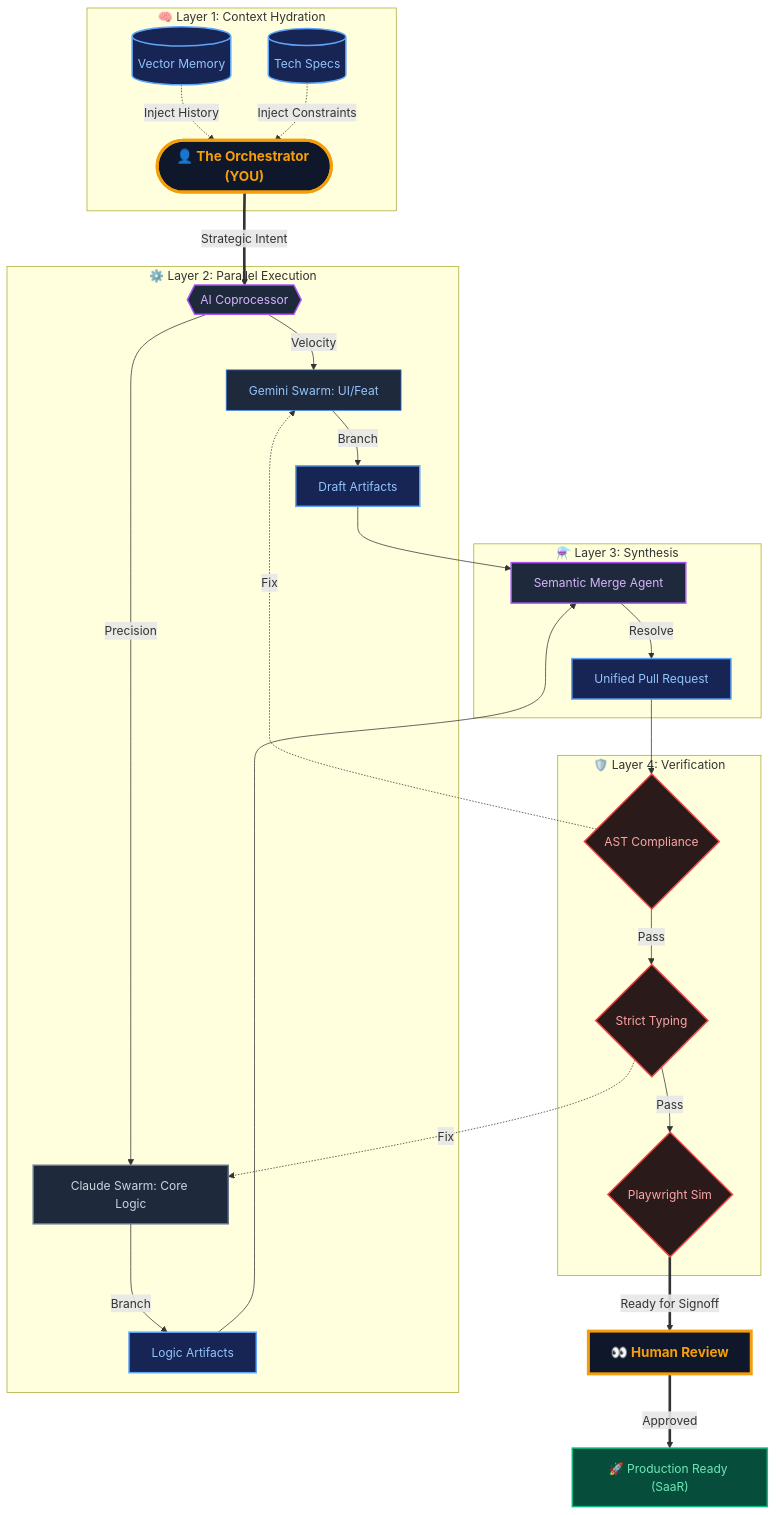
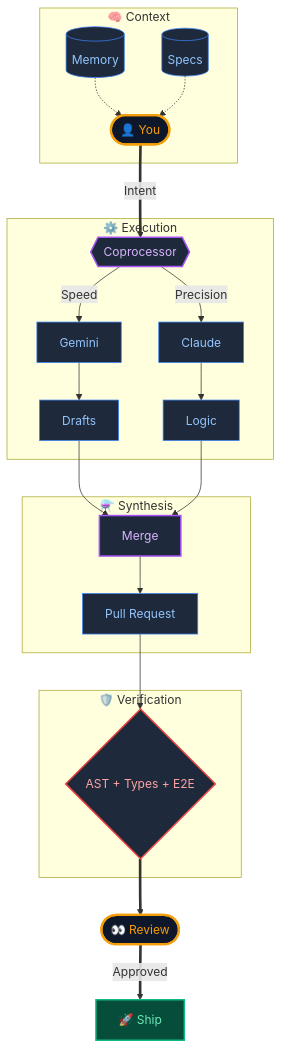
Before and after one commit to shifujosh/shifujosh: the diagram in README.md, drawn with Mermaid.

Commit message:
feat: Update portfolio assets (AI-Native Architect Revamp)

`````diff
--- a/README.md
+++ b/README.md
@@ -25,51 +25,35 @@
 ```mermaid
 graph TD
-    %% --- Styling (Anthropocentric) ---
-    classDef human fill:#0f172a,stroke:#f59e0b,stroke-width:4px,color:#f59e0b,font-size:18px,font-weight:bold;
-    classDef brain fill:#1e293b,stroke:#a855f7,stroke-width:2px,color:#d8b4fe;
-    classDef swarm fill:#1e293b,stroke:#3b82f6,stroke-width:1px,color:#93c5fd;
-    classDef senior fill:#1e293b,stroke:#64748b,stroke-width:2px,color:#cbd5e1;
-    classDef check fill:#2a1a1a,stroke:#ef4444,stroke-width:2px,color:#fca5a5;
-    classDef success fill:#064e3b,stroke:#10b981,stroke-width:2px,color:#6ee7b7;
-    classDef data fill:#172554,stroke:#60a5fa,stroke-width:2px,color:#93c5fd;
+    classDef human fill:#0f172a,stroke:#f59e0b,stroke-width:3px,color:#f59e0b;
+    classDef ai fill:#1e293b,stroke:#a855f7,stroke-width:2px,color:#d8b4fe;
+    classDef work fill:#1e293b,stroke:#3b82f6,stroke-width:1px,color:#93c5fd;
+    classDef check fill:#1e293b,stroke:#ef4444,stroke-width:2px,color:#fca5a5;
+    classDef ship fill:#064e3b,stroke:#10b981,stroke-width:2px,color:#6ee7b7;
 
-    %% --- Layer 1: Context Injection ---
-    subgraph Input_Layer ["🧠 Layer 1: Context Hydration"]
-        LTM[(Vector Memory)]:::data -.->|Inject History| Human
-        Docs[(Tech Specs)]:::data -.->|Inject Constraints| Human
-        
-        Human(["👤 The Orchestrator (YOU)"]):::human
+    subgraph Context ["🧠 Context"]
+        Memory[(Memory)]:::work -.-> You
+        Specs[(Specs)]:::work -.-> You
+        You(["👤 You"]):::human
     end
 
-    Human ==>|Strategic Intent| Copilot{{"AI Coprocessor"}}:::brain
+    You ==>|Intent| AI{{"Coprocessor"}}:::ai
 
-    %% --- Layer 2: Parallel Execution ---
-    subgraph Execution_Layer ["⚙️ Layer 2: Parallel Execution"]
-        Copilot -->|Velocity| Swarm_A["Gemini Swarm: UI/Feat"]:::swarm
-        Copilot -->|Precision| Swarm_B["Claude Swarm: Core Logic"]:::senior
-        
-        Swarm_A -->|Branch| Diff_A["Draft Artifacts"]:::data
-        Swarm_B -->|Branch| Diff_B["Logic Artifacts"]:::data
+    subgraph Execution ["⚙️ Execution"]
+        AI -->|Speed| Gemini["Gemini"]:::work
+        AI -->|Precision| Claude["Claude"]:::work
+        Gemini --> Drafts["Drafts"]:::work
+        Claude --> Logic["Logic"]:::work
     end
 
-    %% --- Layer 3: Agentic Synthesis ---
-    subgraph Synthesis_Layer ["⚗️ Layer 3: Synthesis"]
-        Diff_A & Diff_B --> Synthesis["Semantic Merge Agent"]:::brain
-        Synthesis -->|Resolve| Unified_PR["Unified Pull Request"]:::data
+    subgraph Synthesis ["⚗️ Synthesis"]
+        Drafts & Logic --> Merge["Merge"]:::ai
+        Merge --> PR["Pull Request"]:::work
     end
 
-    %% --- Layer 4: The Gauntlet ---
-    subgraph Verification_Layer ["🛡️ Layer 4: Verification"]
-        Unified_PR --> AST_Check{"AST Compliance"}:::check
-        AST_Check -->|Pass| Type_Check{"Strict Typing"}:::check
-        Type_Check -->|Pass| E2E_Check{"Playwright Sim"}:::check
-        
-        %% Feedbacks
-        AST_Check -.->|Fix| Swarm_A
-        Type_Check -.->|Fix| Swarm_B
+    subgraph Gauntlet ["🛡️ Verification"]
+        PR --> Check{"AST + Types + E2E"}:::check
     end
 
-    %% --- Output ---
-    E2E_Check ==>|Ready for Signoff| Review[👀 Human Review]:::human
-    Review ==>|Approved| Production["🚀 Production Ready (SaaR)"]:::success
+    Check ==> Review(["👀 Review"]):::human
+    Review ==>|Approved| Ship["🚀 Ship"]:::ship
 ````
`````
